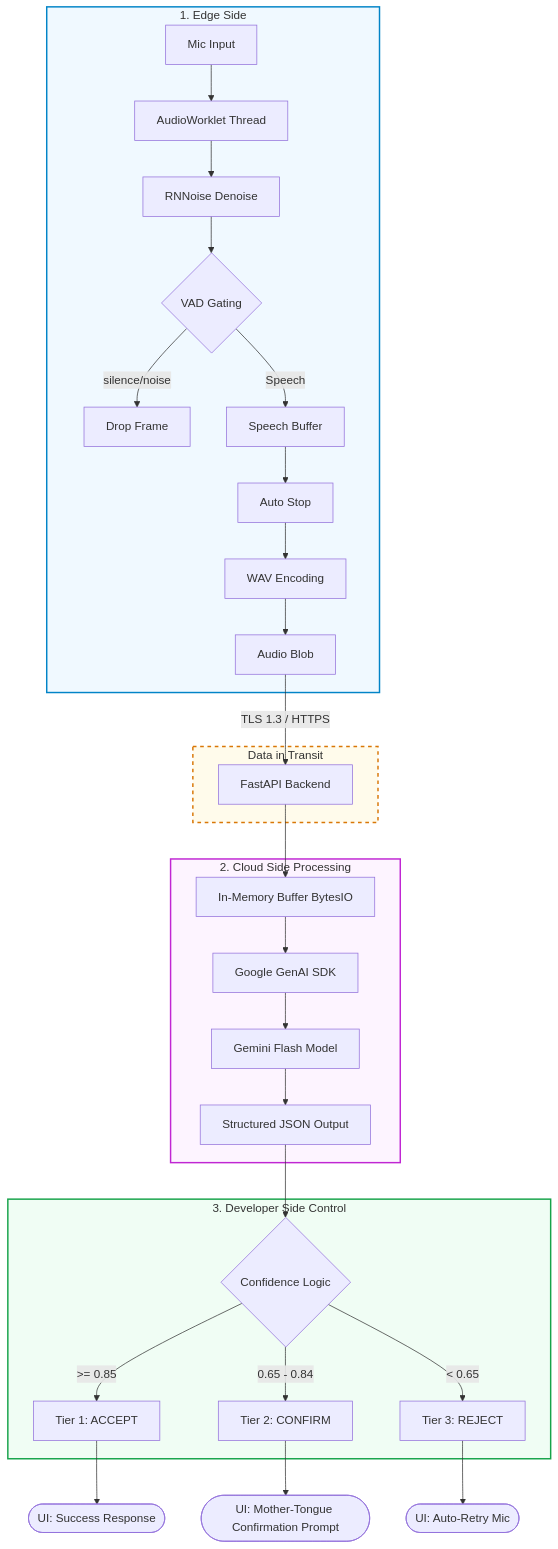
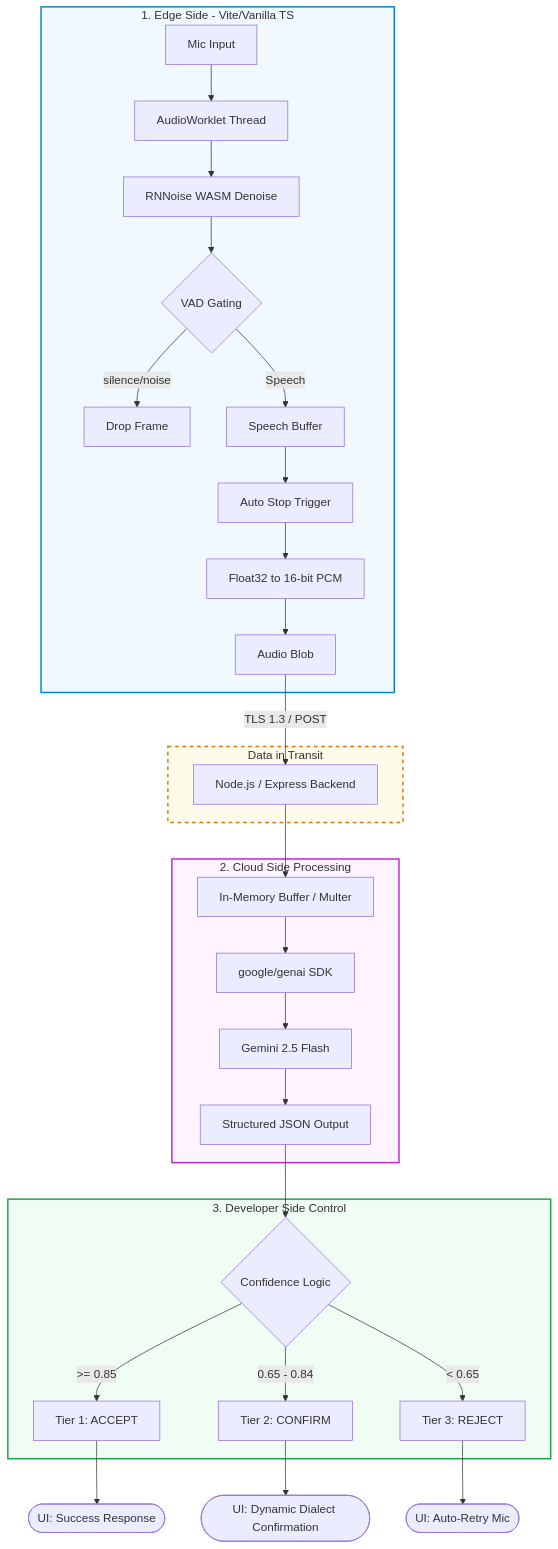
The diagram in README.md (CHERRY0456/VAAKBOT), drawn with Mermaid before and after one commit. The commit also changed other lines of this file, not shown here.

First line of the commit message:
Revise README for architecture and upgrade details

````diff
--- a/README.md
+++ b/README.md
@@ -27,46 +34,46 @@
 ```mermaid
 graph TD
     %% Styling for visual hierarchy
     classDef edge fill:#f0f9ff,stroke:#0284c7,stroke-width:2px;
     classDef cloud fill:#fdf4ff,stroke:#c026d3,stroke-width:2px;
     classDef logic fill:#f0fdf4,stroke:#16a34a,stroke-width:2px;
     classDef security fill:#fffbeb,stroke:#d97706,stroke-width:2px,stroke-dasharray: 5 5;
 
-    subgraph EdgeLayer [1. Edge Side]
+    subgraph EdgeLayer [1. Edge Side - Vite/Vanilla TS]
         A[Mic Input] --> B[AudioWorklet Thread]
-        B --> C[RNNoise Denoise]
+        B --> C[RNNoise WASM Denoise]
         C --> D{VAD Gating}
         D -- silence/noise --> E[Drop Frame]
         D -- Speech --> F[Speech Buffer]
-        F --> G[Auto Stop]
-        G --> H[WAV Encoding]
+        F --> G[Auto Stop Trigger]
+        G --> H[Float32 to 16-bit PCM]
         H --> I[Audio Blob]
     end
     class EdgeLayer edge;
 
     subgraph TransitLayer [Data in Transit]
-        I -- TLS 1.3 / HTTPS --> J[FastAPI Backend]
+        I -- TLS 1.3 / POST --> J[Node.js / Express Backend]
     end
     class TransitLayer security;
 
     subgraph CloudLayer [2. Cloud Side Processing]
-        J --> K[In-Memory Buffer BytesIO]
-        K --> L[Google GenAI SDK]
-        L --> M[Gemini Flash Model]
+        J --> K[In-Memory Buffer / Multer]
+        K --> L[google/genai SDK]
+        L --> M[Gemini 2.5 Flash]
         M --> N[Structured JSON Output]
     end
     class CloudLayer cloud;
 
     subgraph DeveloperLayer [3. Developer Side Control]
         N --> O{Confidence Logic}
         O -- >= 0.85 --> P[Tier 1: ACCEPT]
         O -- 0.65 - 0.84 --> Q[Tier 2: CONFIRM]
         O -- < 0.65 --> R[Tier 3: REJECT]
     end
     class DeveloperLayer logic;
 
     %% UI Outcomes
     P --> S([UI: Success Response])
-    Q --> T([UI: Mother-Tongue Confirmation Prompt])
+    Q --> T([UI: Dynamic Dialect Confirmation])
     R --> U([UI: Auto-Retry Mic])
 ```
````
